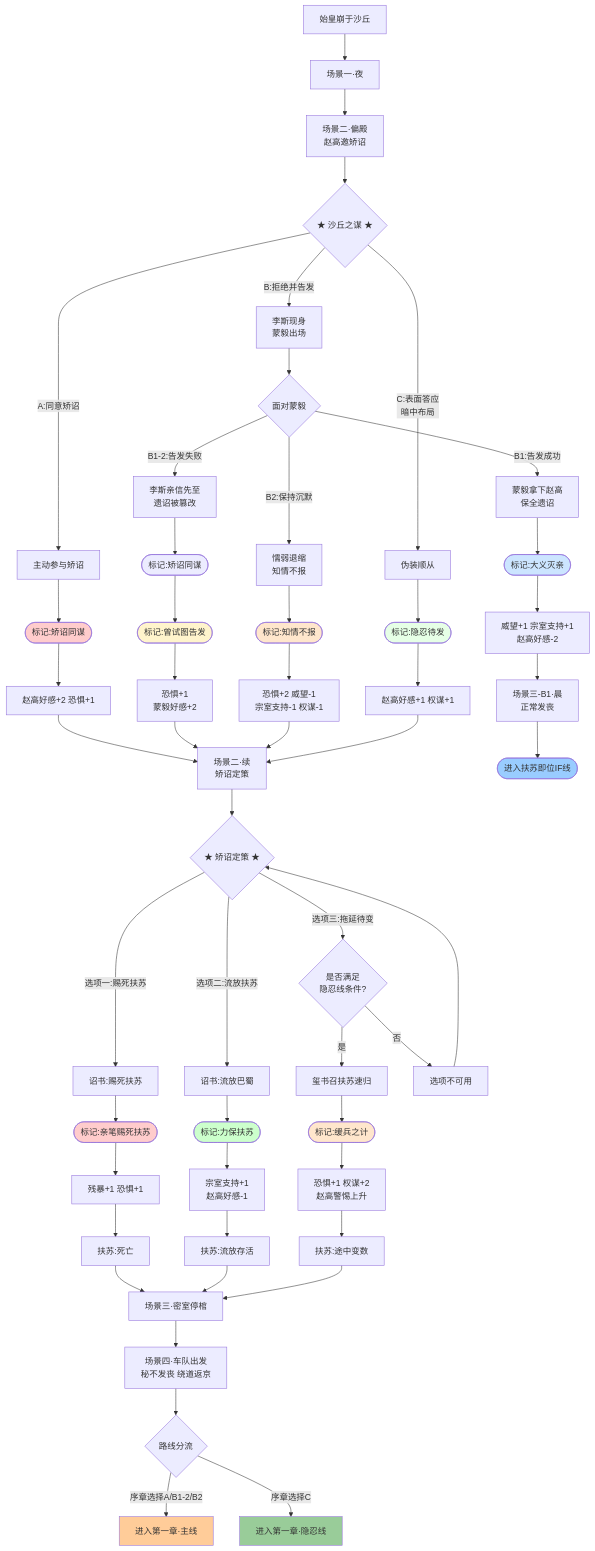
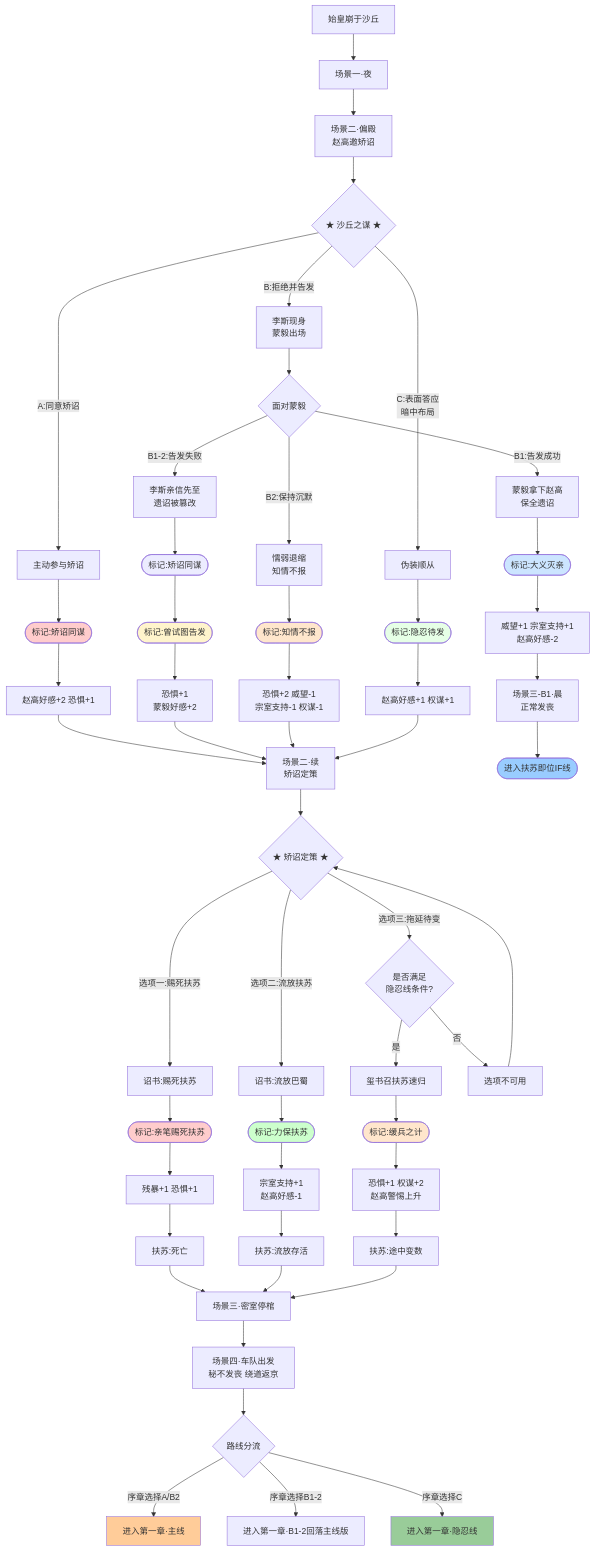
One commit to lesleygigi/huhai changed the diagram in scripts/chapter0.md. Above: the diagram before and after it, drawn with Mermaid. The commit also changed other lines of this file and 19 other files, not shown here.

```diff
--- a/scripts/chapter0.md
+++ b/scripts/chapter0.md
@@ -836,7 +837,8 @@
     M_S4 --> M_END{路线分流}
     
     %% ========== 第一章去向 ==========
-    M_END -->|序章选择A/B1-2/B2| MAIN[进入第一章·主线]
+    M_END -->|序章选择A/B2| MAIN[进入第一章·主线]
+    M_END -->|序章选择B1-2| MAIN_B12[进入第一章·B1-2回落主线版]
     M_END -->|序章选择C| ININ[进入第一章·隐忍线]
     
     %% ========== 样式定义 ==========
```
